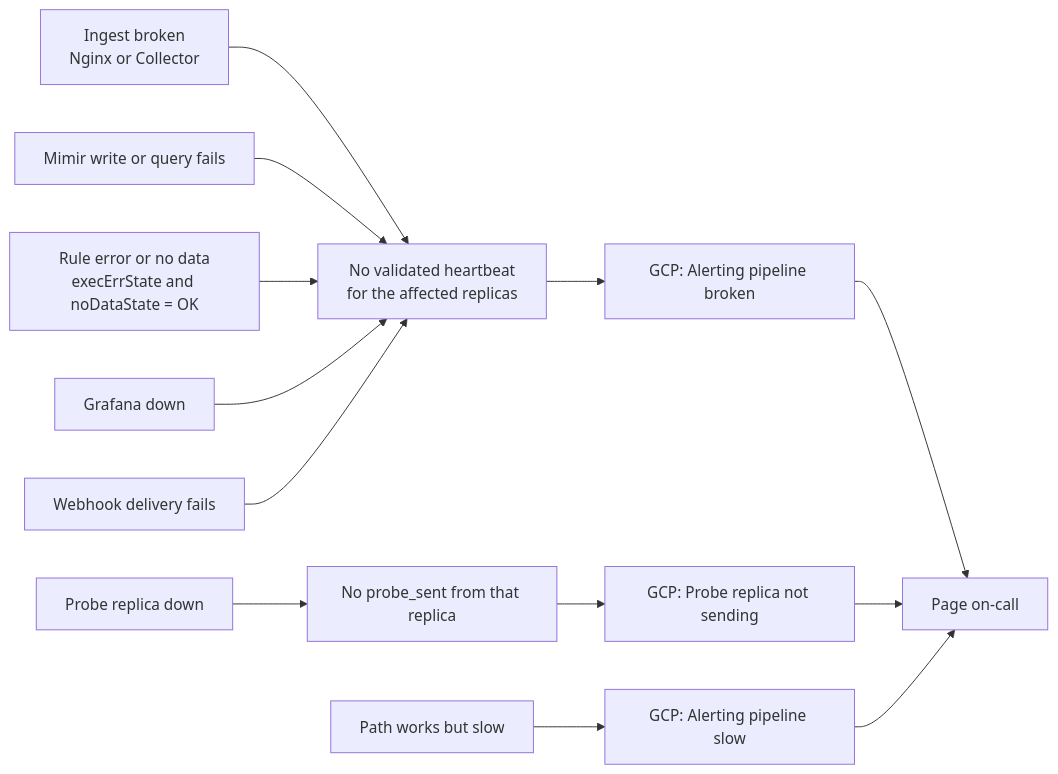
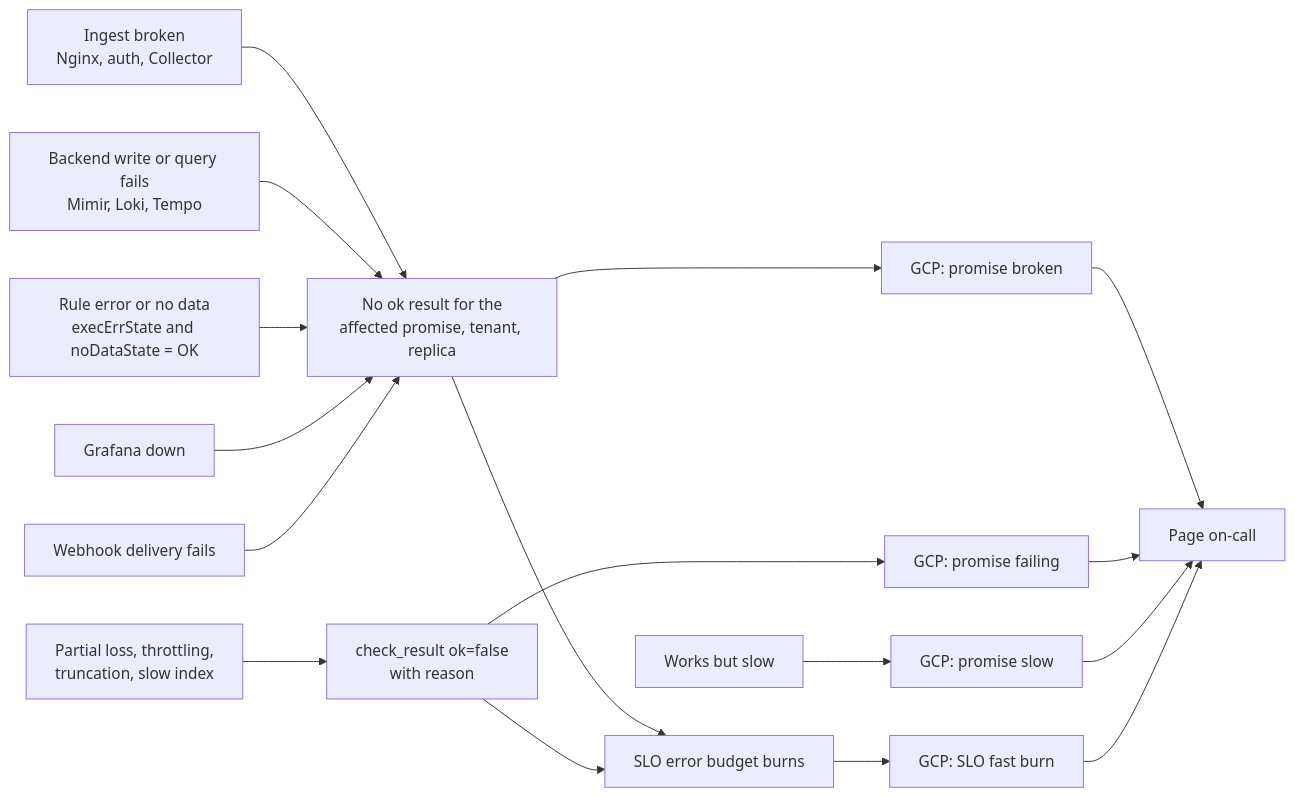
One commit to ileoliao/agent-repo changed the fifth of 5 diagrams in heartbeat-probe/README.md. Above: the diagram before and after it, drawn with Mermaid. The commit also changed other lines of this file and 24 other files, not shown here.

First line of the commit message:
heartbeat-probe 2.0: promise-based probes for every signal path

````diff
--- a/heartbeat-probe/README.md
+++ b/heartbeat-probe/README.md
@@ -147,14 +135,18 @@
 ```mermaid
 flowchart LR
-  F1["Ingest broken<br/>Nginx or Collector"] --> S
-  F2["Mimir write or query fails"] --> S
+  F1["Ingest broken<br/>Nginx, auth, Collector"] --> S
+  F2["Backend write or query fails<br/>Mimir, Loki, Tempo"] --> S
   F3["Rule error or no data<br/>execErrState and noDataState = OK"] --> S
   F4["Grafana down"] --> S
   F5["Webhook delivery fails"] --> S
-  S["No validated heartbeat<br/>for the affected replicas"] --> A1["GCP: Alerting pipeline broken"]
-  D["Probe replica down"] --> N["No probe_sent from that replica"] --> A2["GCP: Probe replica not sending"]
-  SL["Path works but slow"] --> A3["GCP: Alerting pipeline slow"]
+  S["No ok result for the<br/>affected promise, tenant, replica"] --> A1["GCP: promise broken"]
+  Q["Partial loss, throttling,<br/>truncation, slow index"] --> E["check_result ok=false<br/>with reason"] --> A2["GCP: promise failing"]
+  SL["Works but slow"] --> A3["GCP: promise slow"]
+  S --> B["SLO error budget burns"]
+  E --> B
+  B --> A4["GCP: SLO fast burn"]
   A1 --> P["Page on-call"]
   A2 --> P
   A3 --> P
+  A4 --> P
 ```
````
